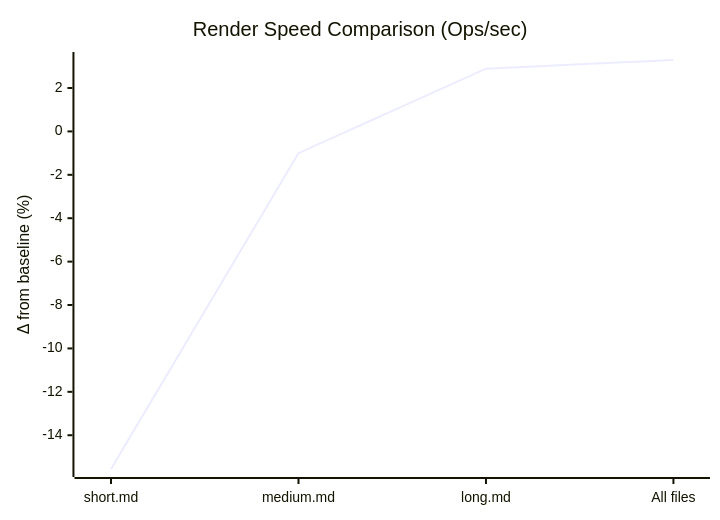
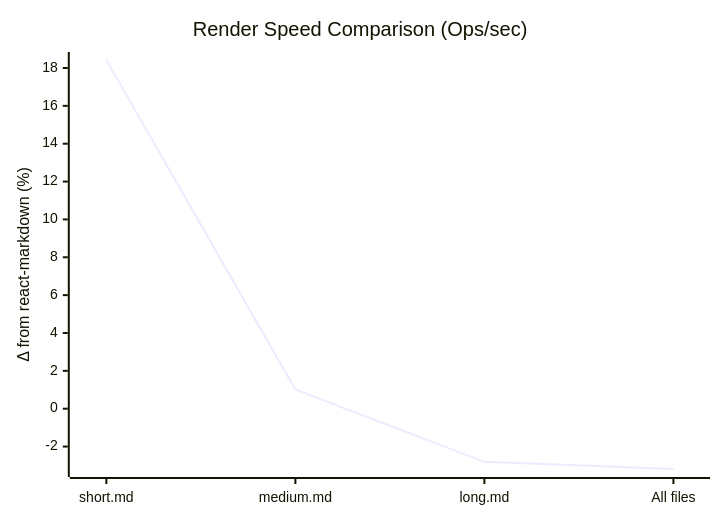
One commit to md2docx/react-markdown changed the sixth of 6 diagrams in benchmark.md. Above: the diagram before and after it, drawn with Mermaid. The commit also changed other lines of this file and 1 other file, not shown here.

Commit message:
fix: update benchmark writer to correct order of libraries and enhance markdown output

````diff
--- a/benchmark.md
+++ b/benchmark.md
@@ -216,7 +216,7 @@
 ```mermaid
 xychart-beta
     title "Render Speed Comparison (Ops/sec)"
     x-axis ["short.md", "medium.md", "long.md", "All files"]
-    y-axis "Δ from baseline (%)"
-    line [-15.556435866898427, -1.002319658255885, 2.8899031181340518, 3.2907225502297]  %% difference percent
+    y-axis "Δ from react-markdown (%)"
+    line [18.422287153083772, 1.012467822272033, -2.8087334427907673, -3.1858839487054995]  %% difference percent
 ```
````
